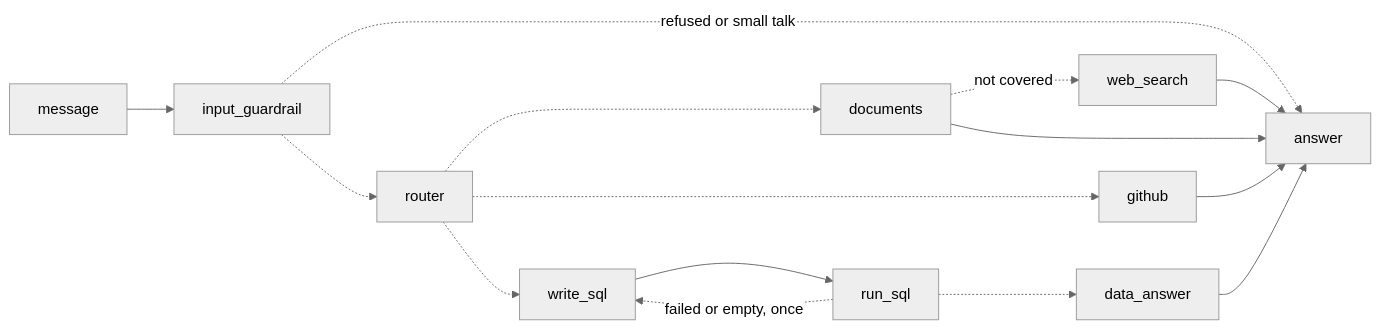
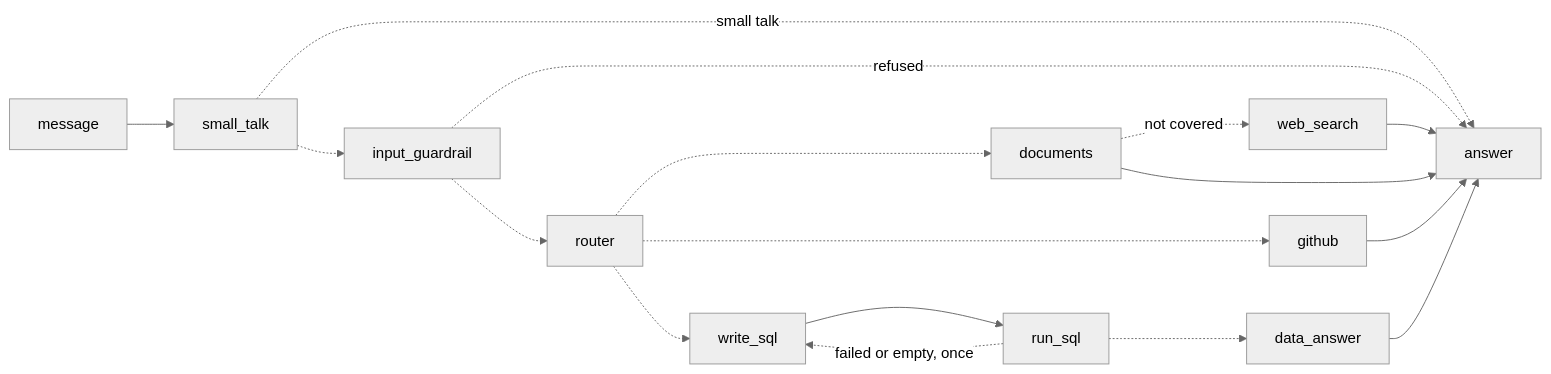
Before and after one commit to jcsmei/Claude_Demo: the diagram in README.md, drawn with Mermaid (neutral theme). The commit also changed other lines of this file and 7 other files, not shown here.

````diff
--- a/README.md
+++ b/README.md
@@ -57,17 +57,19 @@
 ```mermaid
 flowchart LR
-    message --> input_guardrail
-    input_guardrail -.->|refused or small talk| answer
+    message --> small_talk
+    small_talk -.->|small talk| answer
+    small_talk -.-> input_guardrail
+    input_guardrail -.->|refused| answer
     input_guardrail -.-> router
     router -.-> documents
     documents -.->|not covered| web_search
     web_search --> answer
     router -.-> github
     router -.-> write_sql
     write_sql --> run_sql
     run_sql -.->|failed or empty, once| write_sql
     run_sql -.-> data_answer
     documents --> answer
     github --> answer
     data_answer --> answer
 ```
````
